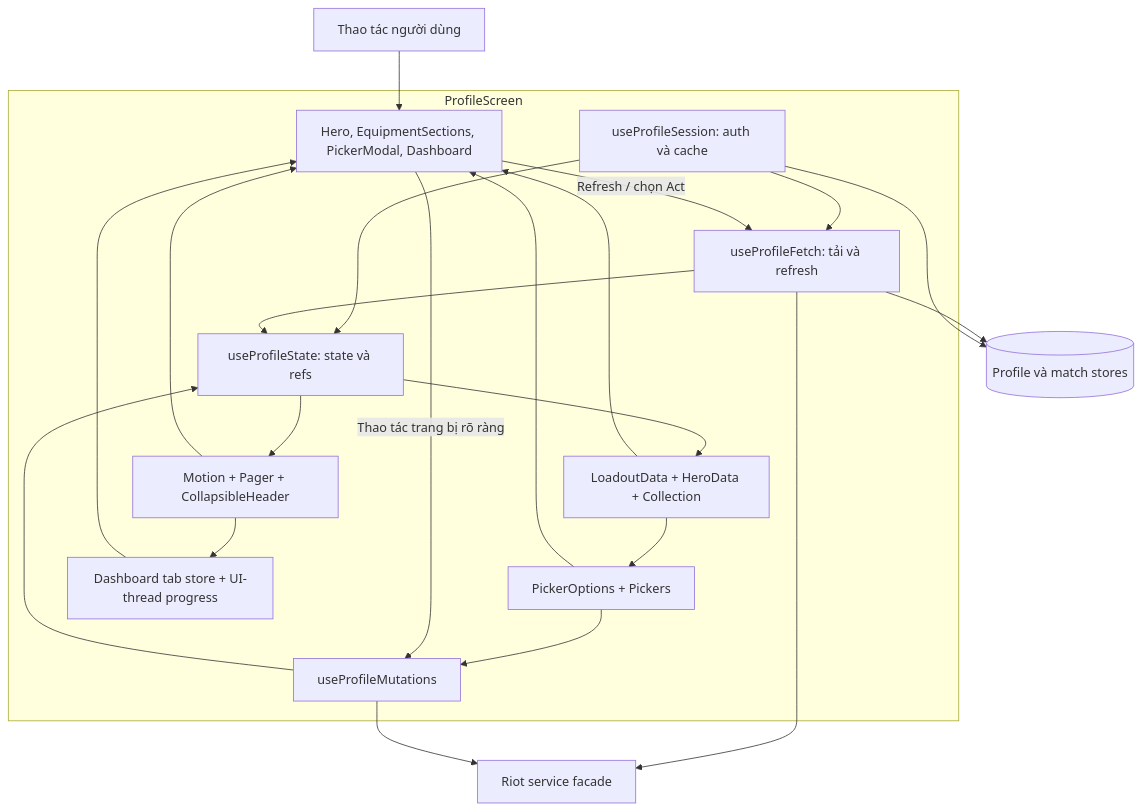
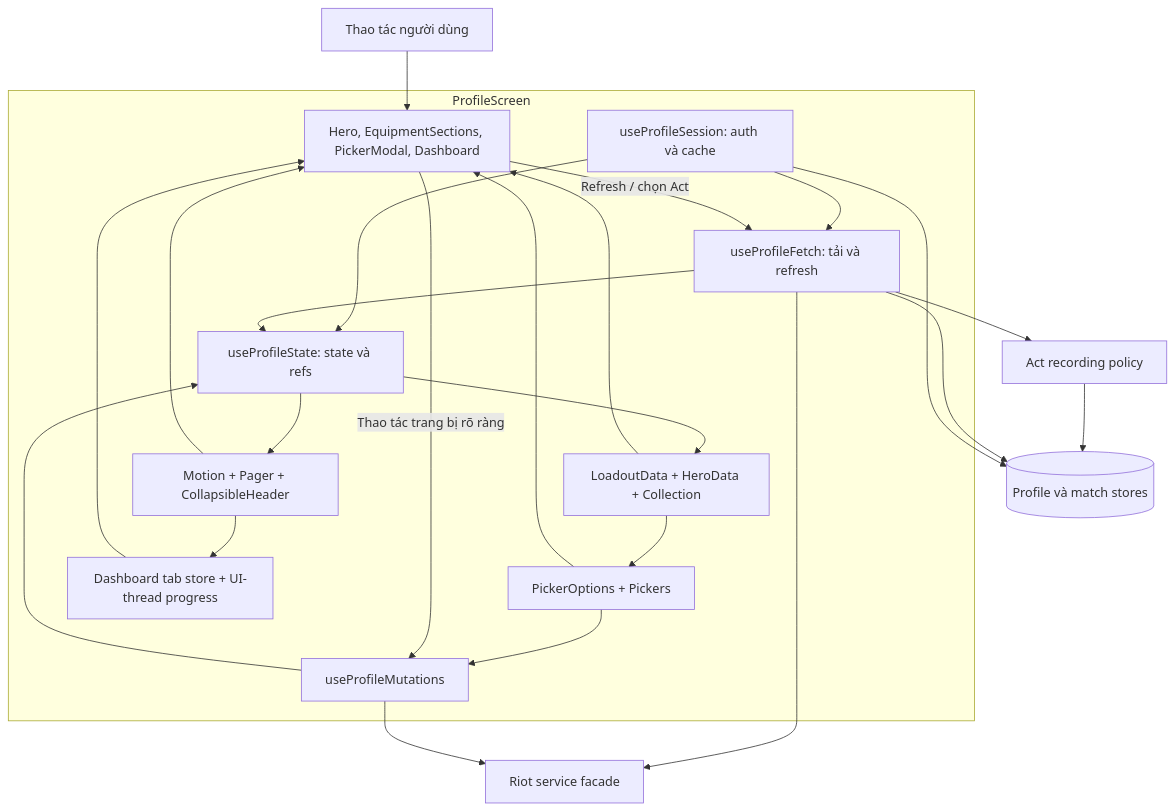
One commit to GinzaTech/Vshop changed the diagram in markdown/09-composite-structure.md. Above: the diagram before and after it, drawn with Mermaid. The commit also changed other lines of this file and 95 other files, not shown here.

````diff
--- a/markdown/09-composite-structure.md
+++ b/markdown/09-composite-structure.md
@@ -7,35 +7,37 @@
 ```mermaid
 flowchart TB
     U[Thao tác người dùng]
     subgraph Profile[ProfileScreen]
         Session[useProfileSession: auth và cache]
         State[useProfileState: state và refs]
         Fetch[useProfileFetch: tải và refresh]
         Derived[LoadoutData + HeroData + Collection]
         Picker[PickerOptions + Pickers]
         Mutation[useProfileMutations]
         Motion[Motion + Pager + CollapsibleHeader]
         StatsTabs[Dashboard tab store + UI-thread progress]
         View[Hero, EquipmentSections, PickerModal, Dashboard]
         Session --> State
         Session --> Fetch
         Fetch --> State
         State --> Derived
         Derived --> View
         Derived --> Picker
         Picker --> View
         Picker --> Mutation
         Mutation --> State
         State --> Motion
         Motion --> View
         StatsTabs --> View
         Motion --> StatsTabs
     end
     U --> View
     View -->|Refresh / chọn Act| Fetch
     View -->|Thao tác trang bị rõ ràng| Mutation
     Fetch --> Riot[Riot service facade]
     Mutation --> Riot
     Fetch --> Cache[(Profile và match stores)]
     Session --> Cache
+    Fetch --> Baseline[Act recording policy]
+    Baseline --> Cache
 ```
````
